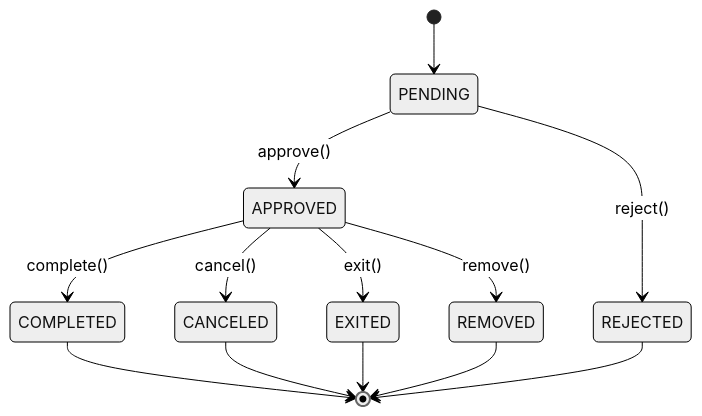
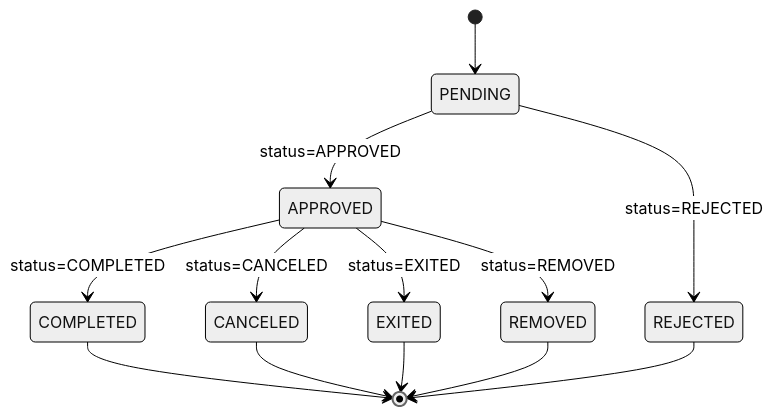
One commit to Plataforma-Universidade-Gratuita/pug-docs changed the eighth of 9 diagrams in pug-service/m-project/README.md. Above: the diagram before and after it, drawn with Mermaid (neutral theme). The commit also changed other lines of this file and 6 other files, not shown here.

````diff
--- a/pug-service/m-project/README.md
+++ b/pug-service/m-project/README.md
@@ -269,16 +266,16 @@
 ```mermaid
 stateDiagram-v2
     [*] --> PENDING
-    PENDING --> APPROVED : approve()
-    PENDING --> REJECTED : reject()
-    APPROVED --> COMPLETED : complete()
-    APPROVED --> CANCELED : cancel()
-    APPROVED --> EXITED : exit()
-    APPROVED --> REMOVED : remove()
+    PENDING --> APPROVED : status=APPROVED
+    PENDING --> REJECTED : status=REJECTED
+    APPROVED --> COMPLETED : status=COMPLETED
+    APPROVED --> CANCELED : status=CANCELED
+    APPROVED --> EXITED : status=EXITED
+    APPROVED --> REMOVED : status=REMOVED
 
     COMPLETED --> [*]
     CANCELED --> [*]
     EXITED --> [*]
     REJECTED --> [*]
     REMOVED --> [*]
 ```
````
